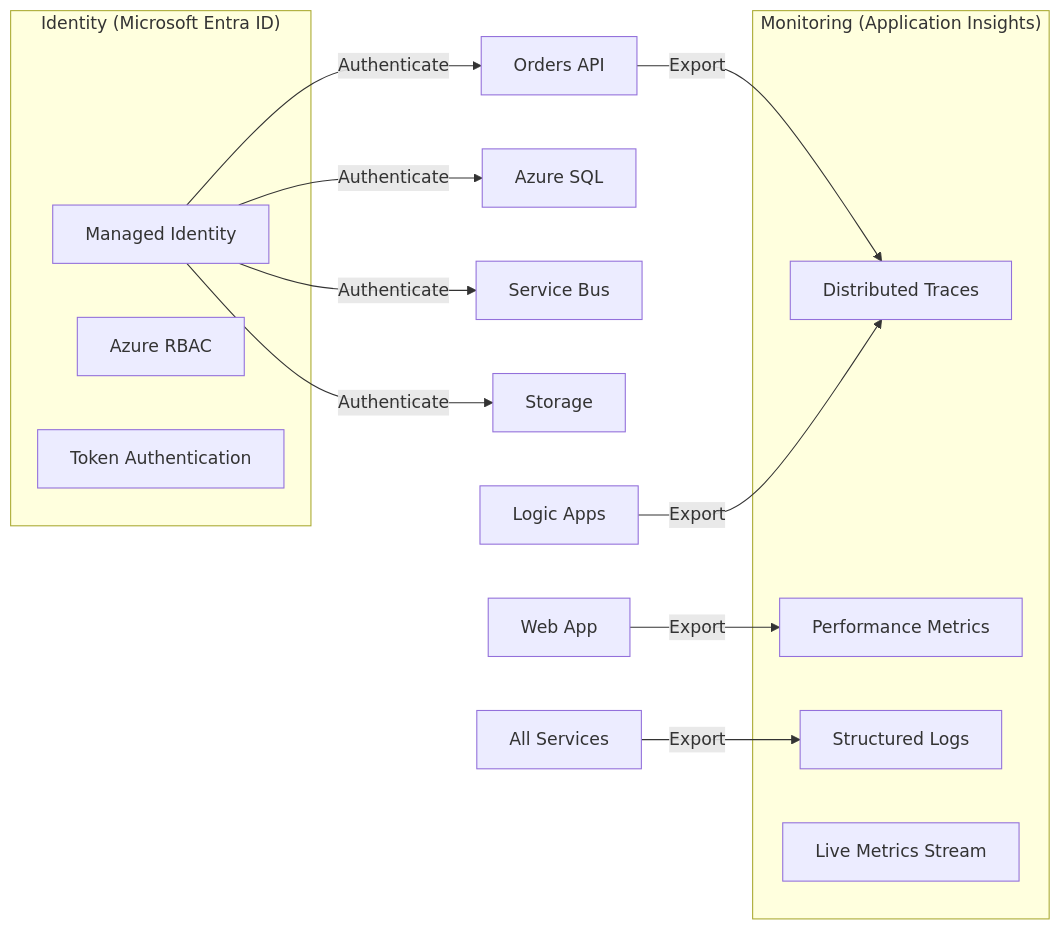
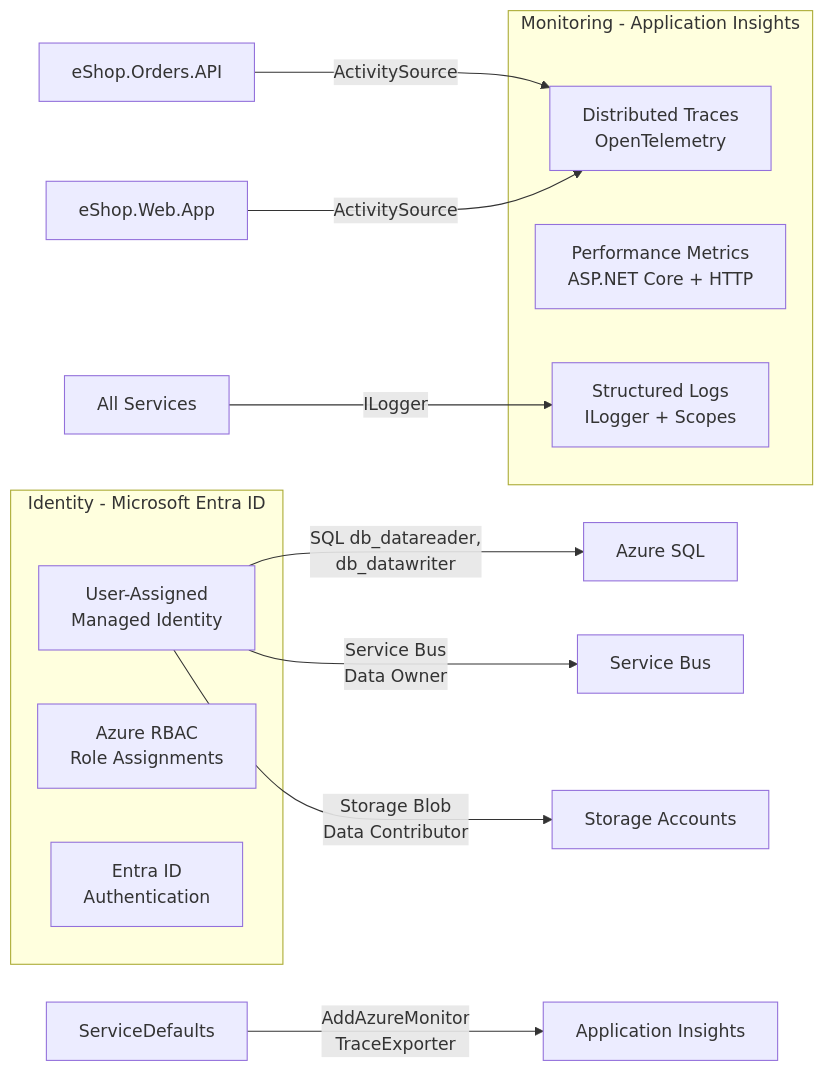
Diagram 14 of 15 in README.MD (Evilazaro/Azure-LogicApps-Monitoring), drawn with Mermaid before and after one commit. The commit also changed other lines of this file, not shown here.

First line of the commit message:
Enhance README.MD with detailed architecture and component descriptions

````diff
--- a/README.MD
+++ b/README.MD
@@ -326,25 +431,23 @@
 ```mermaid
 flowchart LR
-    subgraph Identity["Identity (Microsoft Entra ID)"]
-        ManagedId["Managed Identity"]
-        RBAC["Azure RBAC"]
-        TokenAuth["Token Authentication"]
+    subgraph Identity["Identity - Microsoft Entra ID"]
+        ManagedId["User-Assigned<br/>Managed Identity"]
+        RBAC["Azure RBAC<br/>Role Assignments"]
+        EntraAuth["Entra ID<br/>Authentication"]
     end
 
-    subgraph Monitoring["Monitoring (Application Insights)"]
-        Traces["Distributed Traces"]
-        Metrics["Performance Metrics"]
-        Logs["Structured Logs"]
-        LiveMetrics["Live Metrics Stream"]
+    subgraph Monitoring["Monitoring - Application Insights"]
+        Traces["Distributed Traces<br/>OpenTelemetry"]
+        Metrics["Performance Metrics<br/>ASP.NET Core + HTTP"]
+        Logs["Structured Logs<br/>ILogger + Scopes"]
     end
 
-    ManagedId -->|"Authenticate"| API["Orders API"]
-    ManagedId -->|"Authenticate"| SQL["Azure SQL"]
-    ManagedId -->|"Authenticate"| ServiceBus["Service Bus"]
-    ManagedId -->|"Authenticate"| Storage["Storage"]
+    ManagedId -->|"SQL db_datareader,<br/>db_datawriter"| SQL["Azure SQL"]
+    ManagedId -->|"Service Bus<br/>Data Owner"| ServiceBus["Service Bus"]
+    ManagedId -->|"Storage Blob<br/>Data Contributor"| Storage["Storage Accounts"]
 
-    API -->|"Export"| Traces
-    LogicApps["Logic Apps"] -->|"Export"| Traces
-    WebApp["Web App"] -->|"Export"| Metrics
-    AllServices["All Services"] -->|"Export"| Logs
+    OrdersAPI["eShop.Orders.API"] -->|"ActivitySource"| Traces
+    WebApp["eShop.Web.App"] -->|"ActivitySource"| Traces
+    AllServices["All Services"] -->|"ILogger"| Logs
+    ServiceDefaults["ServiceDefaults"] -->|"AddAzureMonitor<br/>TraceExporter"| AppInsights["Application Insights"]
 ```
````
